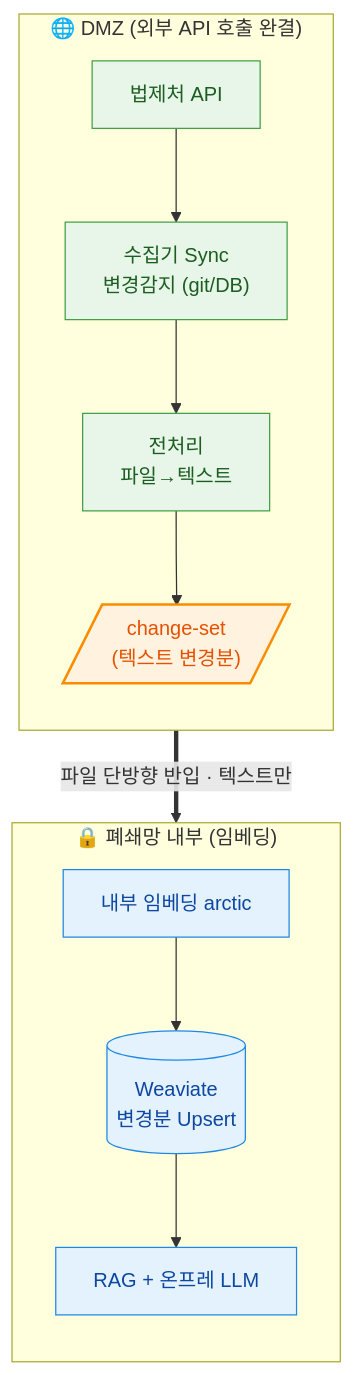
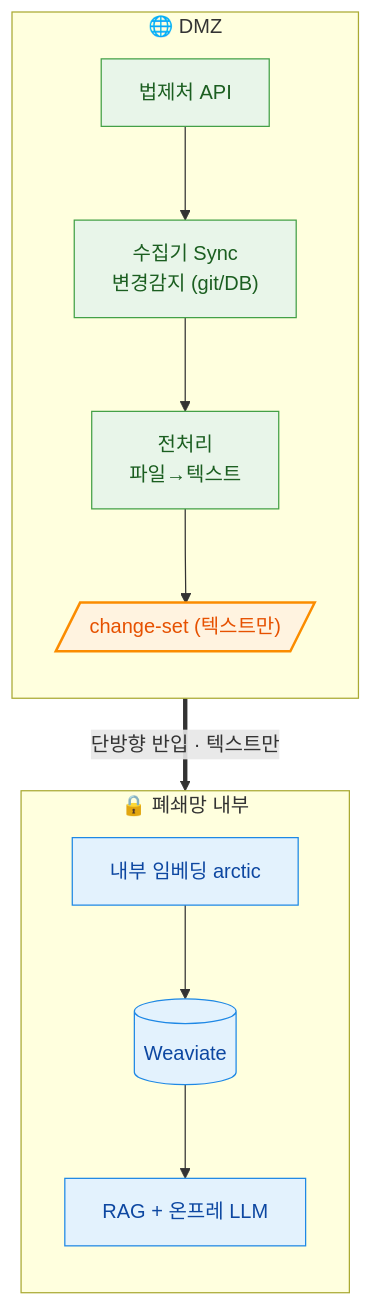
One commit to genonai/law_ai changed the second of 3 diagrams in 아키텍처.md. Above: the diagram before and after it, drawn with Mermaid. The commit also changed other lines of this file and 3 other files, not shown here.

````diff
--- a/아키텍처.md
+++ b/아키텍처.md
@@ -100,21 +38,19 @@
 ```mermaid
 flowchart TB
   classDef dmz fill:#e8f5e9,stroke:#43a047,color:#1b5e20;
   classDef cross fill:#fff3e0,stroke:#fb8c00,color:#e65100,stroke-width:2px;
   classDef inside fill:#e3f2fd,stroke:#1e88e5,color:#0d47a1;
-  subgraph DMZ["🌐 DMZ (외부 API 호출 완결)"]
+  subgraph DMZ["🌐 DMZ"]
     direction TB
-    A["법제처 API"] --> B["수집기 Sync<br/>변경감지 (git/DB)"]
-    B --> C["전처리<br/>파일→텍스트"]
-    C --> D[/"change-set<br/>(텍스트 변경분)"/]
+    A["법제처 API"] --> B["수집기 Sync<br/>변경감지 (git/DB)"] --> C["전처리<br/>파일→텍스트"]
+    C --> D[/"change-set (텍스트만)"/]
   end
   class A,B,C dmz
   class D cross
-  subgraph IN["🔒 폐쇄망 내부 (임베딩)"]
+  subgraph IN["🔒 폐쇄망 내부"]
     direction TB
-    E["내부 임베딩 arctic"] --> F[("Weaviate<br/>변경분 Upsert")]
-    F --> G["RAG + 온프레 LLM"]
+    E["내부 임베딩 arctic"] --> F[("Weaviate")] --> G["RAG + 온프레 LLM"]
   end
   class E,F,G inside
-  D ==>|"파일 단방향 반입 · 텍스트만"| E
+  D ==>|"단방향 반입 · 텍스트만"| E
 ```
````
